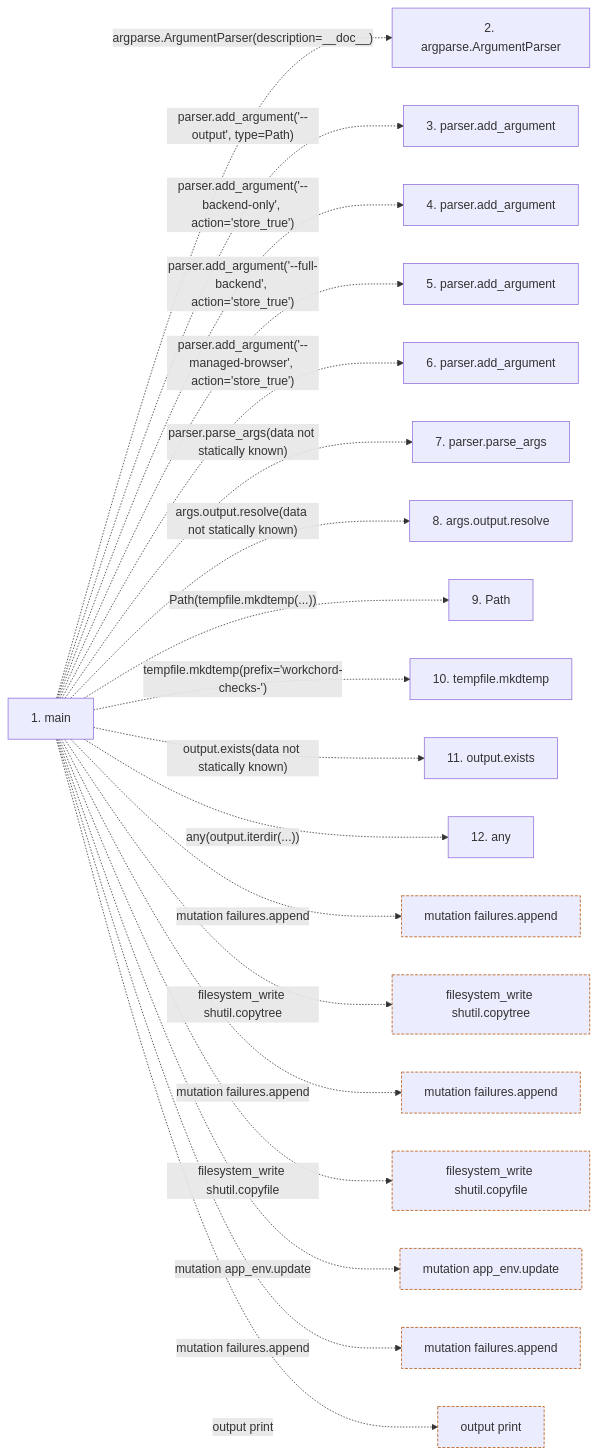
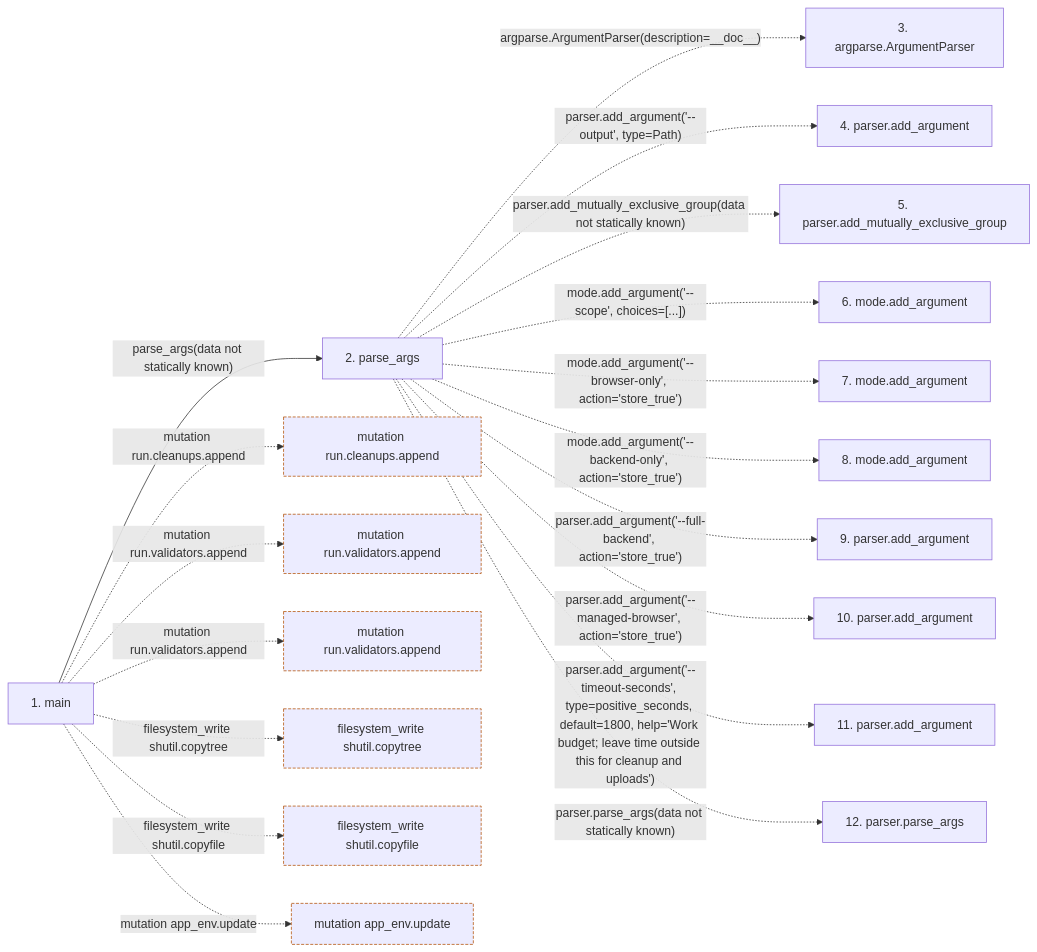
Before and after one commit to Denissvgn/WorkChord: the second of 2 diagrams in docs/llm_wiki/flows/process-run_disposable_checks.md, drawn with Mermaid. The commit also changed other lines of this file and 373 other files, not shown here.

````diff
--- a/docs/llm_wiki/flows/process-run_disposable_checks.md
+++ b/docs/llm_wiki/flows/process-run_disposable_checks.md
@@ -77,49 +74,47 @@
 ```mermaid
 flowchart LR
     s1["1. main"]
-    s2["2. argparse.ArgumentParser"]
-    s3["3. parser.add_argument"]
+    s2["2. parse_args"]
+    s3["3. argparse.ArgumentParser"]
     s4["4. parser.add_argument"]
-    s5["5. parser.add_argument"]
-    s6["6. parser.add_argument"]
-    s7["7. parser.parse_args"]
-    s8["8. args.output.resolve"]
-    s9["9. Path"]
-    s10["10. tempfile.mkdtemp"]
-    s11["11. output.exists"]
-    s12["12. any"]
-    s1 -. "argparse.ArgumentParser(description=__doc__)" .-> s2
-    s1 -. "parser.add_argument('--output', type=Path)" .-> s3
-    s1 -. "parser.add_argument('--backend-only', action='store_true')" .-> s4
-    s1 -. "parser.add_argument('--full-backend', action='store_true')" .-> s5
-    s1 -. "parser.add_argument('--managed-browser', action='store_true')" .-> s6
-    s1 -. "parser.parse_args(data not statically known)" .-> s7
-    s1 -. "args.output.resolve(data not statically known)" .-> s8
-    s1 -. "Path(tempfile.mkdtemp(...))" .-> s9
-    s1 -. "tempfile.mkdtemp(prefix='workchord-checks-')" .-> s10
-    s1 -. "output.exists(data not statically known)" .-> s11
-    s1 -. "any(output.iterdir(...))" .-> s12
-    b0["mutation failures.append"]
-    s1 -. "mutation failures.append" .-> b0
-    b1["filesystem_write shutil.copytree"]
-    s1 -. "filesystem_write shutil.copytree" .-> b1
-    b2["mutation failures.append"]
-    s1 -. "mutation failures.append" .-> b2
-    b3["filesystem_write shutil.copyfile"]
-    s1 -. "filesystem_write shutil.copyfile" .-> b3
-    b4["mutation app_env.update"]
-    s1 -. "mutation app_env.update" .-> b4
-    b5["mutation failures.append"]
-    s1 -. "mutation failures.append" .-> b5
-    b6["output print"]
-    s1 -. "output print" .-> b6
+    s5["5. parser.add_mutually_exclusive_group"]
+    s6["6. mode.add_argument"]
+    s7["7. mode.add_argument"]
+    s8["8. mode.add_argument"]
+    s9["9. parser.add_argument"]
+    s10["10. parser.add_argument"]
+    s11["11. parser.add_argument"]
+    s12["12. parser.parse_args"]
+    s1 -->|"parse_args(data not statically known)"| s2
+    s2 -. "argparse.ArgumentParser(description=__doc__)" .-> s3
+    s2 -. "parser.add_argument('--output', type=Path)" .-> s4
+    s2 -. "parser.add_mutually_exclusive_group(data not statically known)" .-> s5
+    s2 -. "mode.add_argument('--scope', choices=[...])" .-> s6
+    s2 -. "mode.add_argument('--browser-only', action='store_true')" .-> s7
+    s2 -. "mode.add_argument('--backend-only', action='store_true')" .-> s8
+    s2 -. "parser.add_argument('--full-backend', action='store_true')" .-> s9
+    s2 -. "parser.add_argument('--managed-browser', action='store_true')" .-> s10
+    s2 -. "parser.add_argument('--timeout-seconds', type=positive_seconds, default=1800, help='Work budget; leave time outside this for cleanup and uploads')" .-> s11
+    s2 -. "parser.parse_args(data not statically known)" .-> s12
+    b0["mutation run.cleanups.append"]
+    s1 -. "mutation run.cleanups.append" .-> b0
+    b1["mutation run.validators.append"]
+    s1 -. "mutation run.validators.append" .-> b1
+    b2["mutation run.validators.append"]
+    s1 -. "mutation run.validators.append" .-> b2
+    b3["filesystem_write shutil.copytree"]
+    s1 -. "filesystem_write shutil.copytree" .-> b3
+    b4["filesystem_write shutil.copyfile"]
+    s1 -. "filesystem_write shutil.copyfile" .-> b4
+    b5["mutation app_env.update"]
+    s1 -. "mutation app_env.update" .-> b5
     click s1 "../modules/run_disposable_checks.md"
+    click s2 "../modules/run_disposable_checks.md"
     classDef boundary stroke:#b45309,stroke-dasharray: 4 2
     class b0 boundary
     class b1 boundary
     class b2 boundary
     class b3 boundary
     class b4 boundary
     class b5 boundary
-    class b6 boundary
 ```
````
